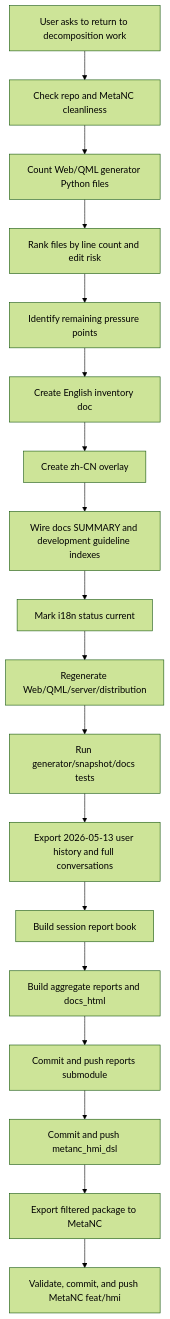
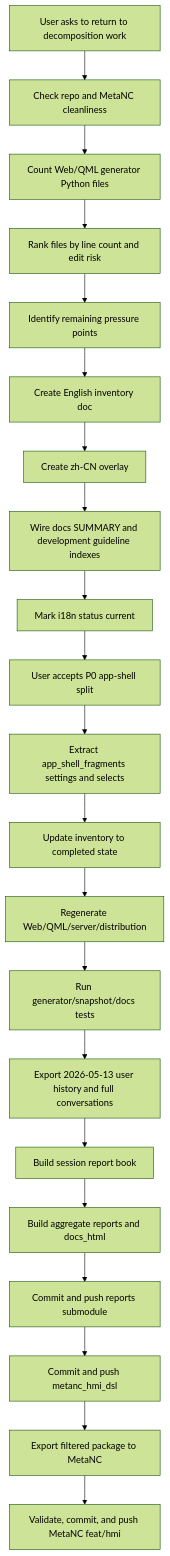
Before and after one commit to luppiterw/metanc_hmi_dsl_reports: the diagram in 2026-05-13-codex-session/workflow-diagram.md, drawn with Mermaid (forest theme). The commit also changed 11 other files, not shown here.

Commit message:
reports: close May 13 app shell split

````diff
--- a/2026-05-13-codex-session/workflow-diagram.md
+++ b/2026-05-13-codex-session/workflow-diagram.md
@@ -3,20 +3,23 @@
 ```mermaid
 flowchart TD
     A[User asks to return to decomposition work] --> B[Check repo and MetaNC cleanliness]
     B --> C[Count Web/QML generator Python files]
     C --> D[Rank files by line count and edit risk]
     D --> E[Identify remaining pressure points]
     E --> F[Create English inventory doc]
     F --> G[Create zh-CN overlay]
     G --> H[Wire docs SUMMARY and development guideline indexes]
     H --> I[Mark i18n status current]
-    I --> J[Regenerate Web/QML/server/distribution]
-    J --> K[Run generator/snapshot/docs tests]
-    K --> L[Export 2026-05-13 user history and full conversations]
-    L --> M[Build session report book]
-    M --> N[Build aggregate reports and docs_html]
-    N --> O[Commit and push reports submodule]
-    O --> P[Commit and push metanc_hmi_dsl]
-    P --> Q[Export filtered package to MetaNC]
-    Q --> R[Validate, commit, and push MetaNC feat/hmi]
+    I --> J[User accepts P0 app-shell split]
+    J --> K[Extract app_shell_fragments settings and selects]
+    K --> L[Update inventory to completed state]
+    L --> M[Regenerate Web/QML/server/distribution]
+    M --> N[Run generator/snapshot/docs tests]
+    N --> O[Export 2026-05-13 user history and full conversations]
+    O --> P[Build session report book]
+    P --> Q[Build aggregate reports and docs_html]
+    Q --> R[Commit and push reports submodule]
+    R --> S[Commit and push metanc_hmi_dsl]
+    S --> T[Export filtered package to MetaNC]
+    T --> U[Validate, commit, and push MetaNC feat/hmi]
 ```
````
